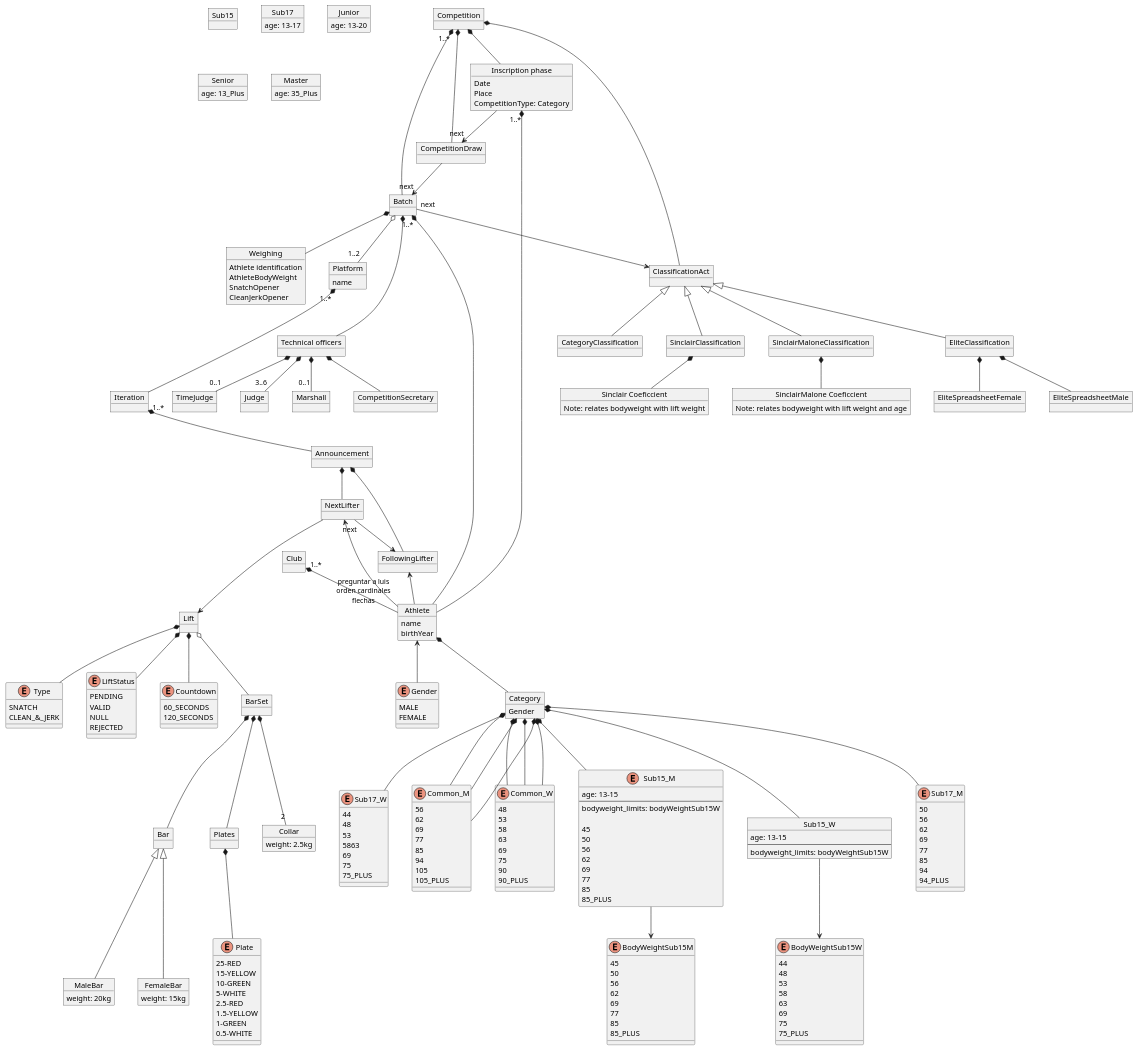
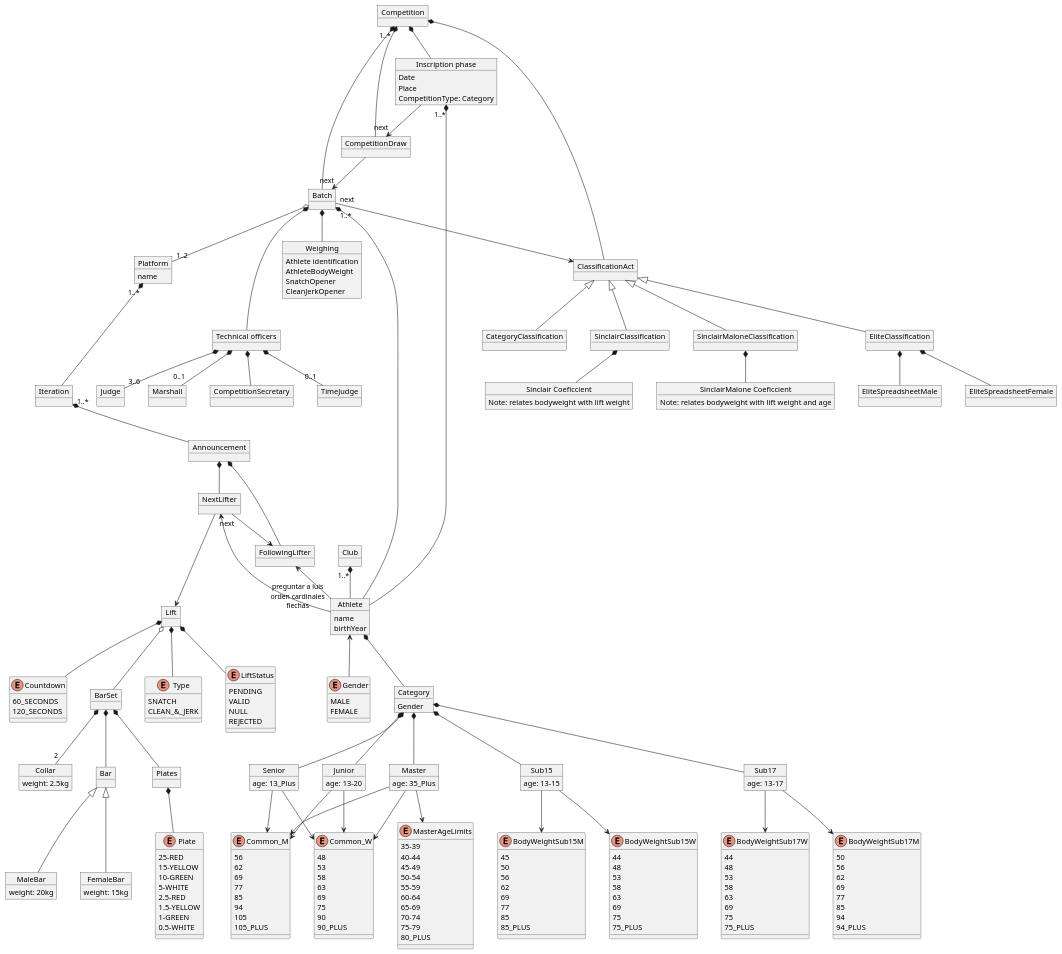
Before and after one commit to zuldare/mastercloud_pfm_halterocms: the diagram in diagrams/modelDomain/competitionDomainModel.puml, drawn with PlantUML. The commit also changed 1 other file, not shown here.

```diff
--- a/diagrams/modelDomain/competitionDomainModel.puml
+++ b/diagrams/modelDomain/competitionDomainModel.puml
@@ -83,13 +83,6 @@
   Gender
 }
 
-object Sub15 {
-
-}
-
-object Sub17 {
-  age: 13-17
-}
 
 object Junior {
   age: 13-20
@@ -103,29 +96,18 @@
   age: 35_Plus
 }
 
-'Sub15 "includes" --> Sub17
-'Sub17 "includes" --> Junior
-'Junior "includes" --> Senior
-enum Sub15_M {
+
+object Sub15 {
    age: 13-15
-   --
-   bodyweight_limits: bodyWeightSub15W
-
-  45
-  50
-  56
-  62
-  69
-  77
-  85
-  85_PLUS
 }
 
-object Sub15_W {
- age: 13-15
- --
- bodyweight_limits: bodyWeightSub15W
+
+object Sub17 {
+   age: 13-17
 }
+
+
+
 
 enum BodyWeightSub15W {
  44
@@ -149,9 +131,9 @@
   85_PLUS
  }
 
-Sub15_W --> BodyWeightSub15W
-Sub15_M --> BodyWeightSub15M
-enum Sub17_M {
+
+
+enum BodyWeightSub17M {
   50
   56
   62
@@ -162,11 +144,12 @@
   94_PLUS
 }
 
-enum Sub17_W {
+enum BodyWeightSub17W {
  44
  48
  53
- 5863
+ 58
+ 63
  69
  75
  75_PLUS
@@ -192,6 +175,19 @@
 75
 90
 90_PLUS
+}
+
+enum MasterAgeLimits {
+  35-39
+  40-44
+  45-49
+  50-54
+  55-59
+  60-64
+  65-69
+  70-74
+  75-79
+  80_PLUS
 }
 
 object Iteration
@@ -259,16 +255,27 @@
 Bar <|-- MaleBar
 Plates *-- Plate
 
-Category *-- Sub15_W
-Category *-- Sub15_M
-Category *-- Sub17_W
-Category *-- Sub17_M
-Category *-- Common_M
-Category *-- Common_W
-Category *-- Common_M
-Category *-- Common_W
-Category *-- Common_M
-Category *-- Common_W
+Category *-- Sub15
+Category *-- Sub17
+Category *-- Junior
+Category *-- Senior
+Category *-- Master
+
+Sub15 --> BodyWeightSub15W
+Sub15 --> BodyWeightSub15M
+
+Sub17 --> BodyWeightSub17W
+Sub17 --> BodyWeightSub17M
+
+Junior --> Common_M
+Junior --> Common_W
+
+Senior --> Common_M
+Senior --> Common_W
+
+Master --> MasterAgeLimits
+Master --> Common_M
+Master --> Common_W
 
 Athlete *-- Category
 
```
